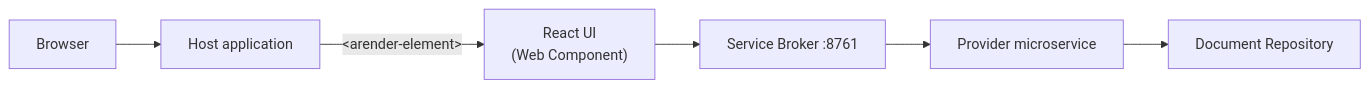
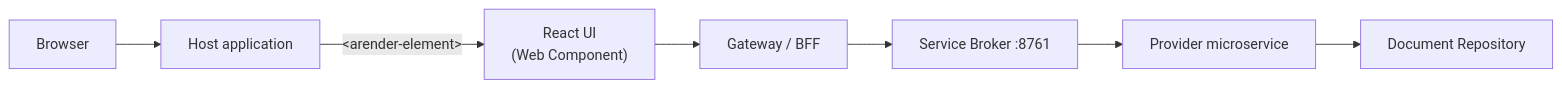
Before and after one commit to Uxopian/uxodocs: the diagram in docs/arender/overview/modern-viewer.md, drawn with Mermaid. The commit also changed other lines of this file and 5 other files, not shown here.

````diff
--- a/docs/arender/overview/modern-viewer.md
+++ b/docs/arender/overview/modern-viewer.md
@@ -30,8 +30,9 @@
 ```mermaid
 graph LR
     Browser --> HostApp["Host application"]
     HostApp -->|"&lt;arender-element&gt;"| ReactUI["React UI<br/>(Web Component)"]
-    ReactUI --> Broker["Service Broker :8761"]
+    ReactUI --> GW["Gateway / BFF"]
+    GW --> Broker["Service Broker :8761"]
     Broker --> Provider["Provider microservice"]
     Provider --> Repo["Document Repository"]
 ```
````
